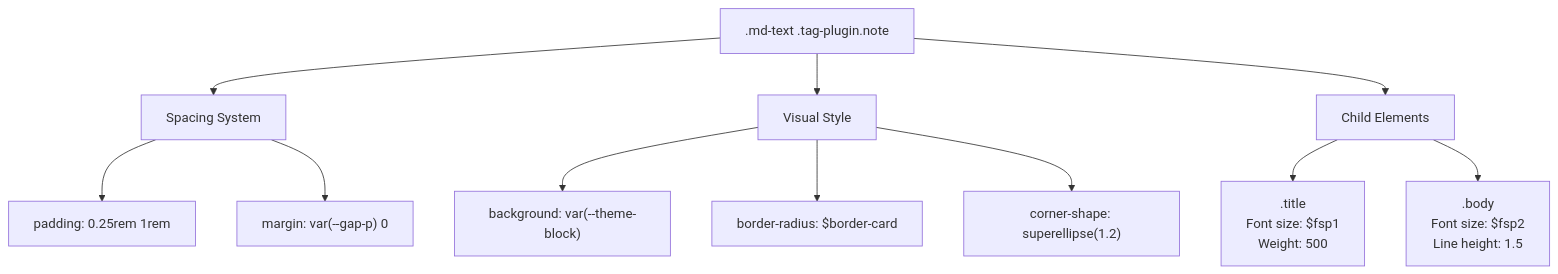
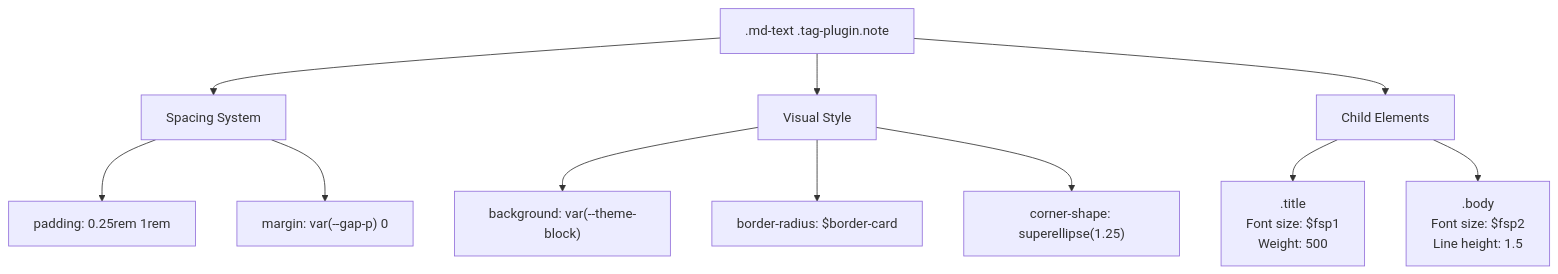
One commit to penndu/hexo changed the third of 6 diagrams in themes/stellar/docs/knowledge/04-标签插件/note-container-tags.md. Above: the diagram before and after it, drawn with Mermaid. The commit also changed 75 other files, not shown here.

````diff
--- a/themes/stellar/docs/knowledge/04-标签插件/note-container-tags.md
+++ b/themes/stellar/docs/knowledge/04-标签插件/note-container-tags.md
@@ -145,18 +145,18 @@
 ```mermaid
 graph TB
     BASE[".md-text .tag-plugin.note"]
     
     BASE --> SPACING["Spacing System"]
     BASE --> VISUAL["Visual Style"]
     BASE --> CHILDREN["Child Elements"]
     
     SPACING --> PAD["padding: 0.25rem 1rem"]
     SPACING --> MARGIN["margin: var(--gap-p) 0"]
     
     VISUAL --> BG["background: var(--theme-block)"]
     VISUAL --> RADIUS["border-radius: $border-card"]
-    VISUAL --> CORNER["corner-shape: superellipse(1.2)"]
+    VISUAL --> CORNER["corner-shape: superellipse(1.25)"]
     
     CHILDREN --> TITLE[".title<br/>Font size: $fsp1<br/>Weight: 500"]
     CHILDREN --> BODY[".body<br/>Font size: $fsp2<br/>Line height: 1.5"]
 ```
````
